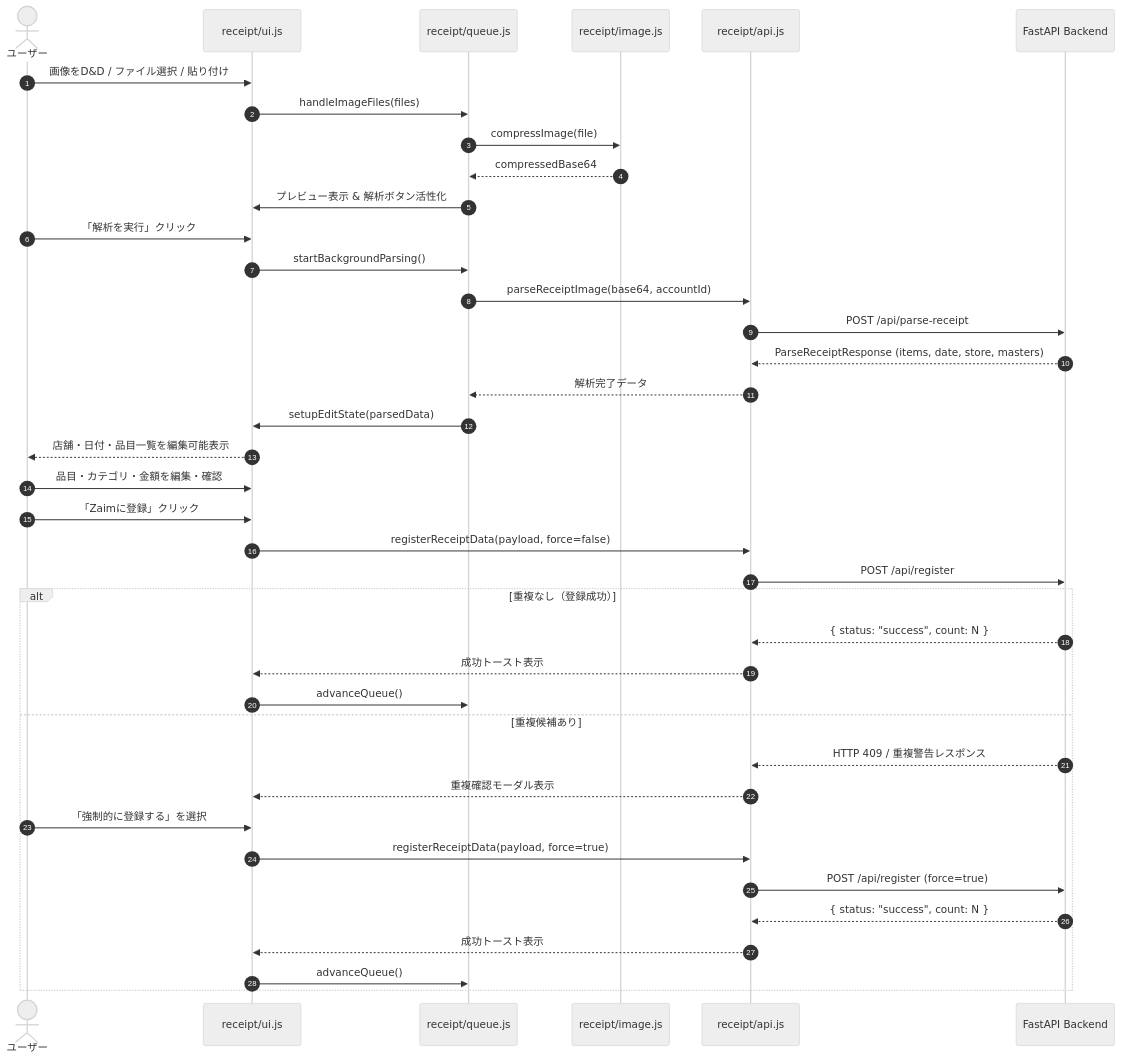
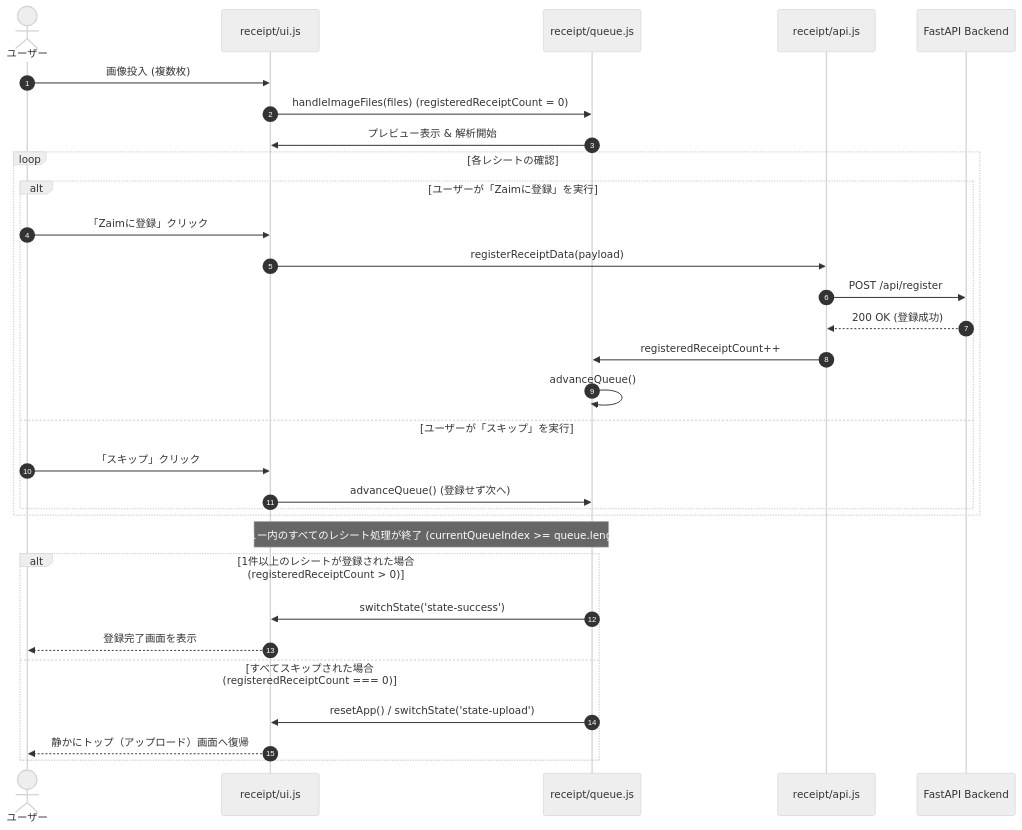
One commit to y-kbys/zaim-lens changed the second of 2 diagrams in .kiro/specs/receipt-workflow-ui/design.md. Above: the diagram before and after it, drawn with Mermaid (neutral theme). The commit also changed other lines of this file and 9 other files, not shown here.

First line of the commit message:
feat(receipt-workflow-ui): quietly return to top screen on full queue skip

````diff
--- a/.kiro/specs/receipt-workflow-ui/design.md
+++ b/.kiro/specs/receipt-workflow-ui/design.md
@@ -110,45 +111,37 @@
 ```mermaid
 sequenceDiagram
     autonumber
     actor User as ユーザー
     participant UI as receipt/ui.js
     participant Queue as receipt/queue.js
-    participant Image as receipt/image.js
     participant API as receipt/api.js
     participant Backend as FastAPI Backend
 
-    User->>UI: 画像をD&D / ファイル選択 / 貼り付け
-    UI->>Queue: handleImageFiles(files)
-    Queue->>Image: compressImage(file)
-    Image-->>Queue: compressedBase64
-    Queue->>UI: プレビュー表示 & 解析ボタン活性化
+    User->>UI: 画像投入 (複数枚)
+    UI->>Queue: handleImageFiles(files) (registeredReceiptCount = 0)
+    Queue->>UI: プレビュー表示 & 解析開始
 
-    User->>UI: 「解析を実行」クリック
-    UI->>Queue: startBackgroundParsing()
-    Queue->>API: parseReceiptImage(base64, accountId)
-    API->>Backend: POST /api/parse-receipt
-    Backend-->>API: ParseReceiptResponse (items, date, store, masters)
-    API-->>Queue: 解析完了データ
-    Queue->>UI: setupEditState(parsedData)
-    UI-->>User: 店舗・日付・品目一覧を編集可能表示
+    loop 各レシートの確認
+        alt ユーザーが「Zaimに登録」を実行
+            User->>UI: 「Zaimに登録」クリック
+            UI->>API: registerReceiptData(payload)
+            API->>Backend: POST /api/register
+            Backend-->>API: 200 OK (登録成功)
+            API->>Queue: registeredReceiptCount++
+            Queue->>Queue: advanceQueue()
+        else ユーザーが「スキップ」を実行
+            User->>UI: 「スキップ」クリック
+            UI->>Queue: advanceQueue() (登録せず次へ)
+        end
+    end
 
-    User->>UI: 品目・カテゴリ・金額を編集・確認
-    User->>UI: 「Zaimに登録」クリック
-    UI->>API: registerReceiptData(payload, force=false)
-    API->>Backend: POST /api/register
+    Note over Queue, UI: キュー内のすべてのレシート処理が終了 (currentQueueIndex >= queue.length)
     
-    alt 重複なし（登録成功）
-        Backend-->>API: { status: "success", count: N }
-        API-->>UI: 成功トースト表示
-        UI->>Queue: advanceQueue()
-    else 重複候補あり
-        Backend-->>API: HTTP 409 / 重複警告レスポンス
-        API-->>UI: 重複確認モーダル表示
-        User->>UI: 「強制的に登録する」を選択
-        UI->>API: registerReceiptData(payload, force=true)
-        API->>Backend: POST /api/register (force=true)
-        Backend-->>API: { status: "success", count: N }
-        API-->>UI: 成功トースト表示
-        UI->>Queue: advanceQueue()
+    alt 1件以上のレシートが登録された場合 (registeredReceiptCount > 0)
+        Queue->>UI: switchState('state-success')
+        UI-->>User: 登録完了画面を表示
+    else すべてスキップされた場合 (registeredReceiptCount === 0)
+        Queue->>UI: resetApp() / switchState('state-upload')
+        UI-->>User: 静かにトップ（アップロード）画面へ復帰
     end
 ```
````
